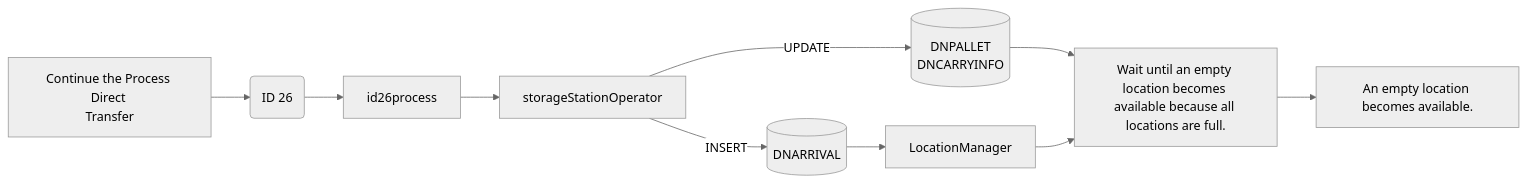
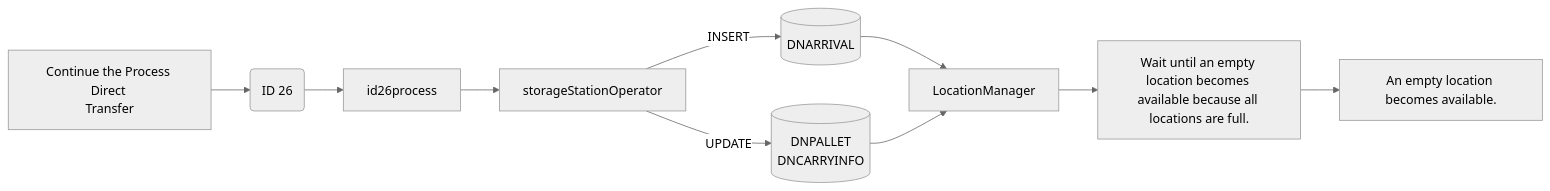
One commit to luthfiadityaa/SimeDarby-Wiki changed the fifth of 22 diagrams in Basic-Design/DFD-WMS/Storage/Palletizing-Settting/Irregular-Cases.md. Above: the diagram before and after it, drawn with Mermaid (neutral theme).

Commit message:
Updated Irregular Cases

```diff
--- a/Basic-Design/DFD-WMS/Storage/Palletizing-Settting/Irregular-Cases.md
+++ b/Basic-Design/DFD-WMS/Storage/Palletizing-Settting/Irregular-Cases.md
@@ -236,40 +236,40 @@
 ::: mermaid
 flowchart LR
 
 releaseCommand["
 Continue the Process Direct 
 Transfer
 "]
 
 id26msg("
 ID 26
 ")
 
 id26-insert[("
 DNARRIVAL
 ")]
 
 id26-update[("
 DNPALLET
 DNCARRYINFO
 ")];
 
 releaseCommand2["
 Wait until an empty location becomes available because all locations are full.
 "]
 
 releaseCommand4["
 LocationManager
 "]
 
 releaseCommand3["
 An empty location becomes available. 
 "]
 
 storageStationOperator[storageStationOperator]
 
 releaseCommand-->id26msg-->id26process-->storageStationOperator
 storageStationOperator--> |INSERT| id26-insert-->releaseCommand4
-storageStationOperator--> |UPDATE| id26-update-->releaseCommand2
+storageStationOperator--> |UPDATE| id26-update-->releaseCommand4
 releaseCommand4-->releaseCommand2-->releaseCommand3
 :::
```
